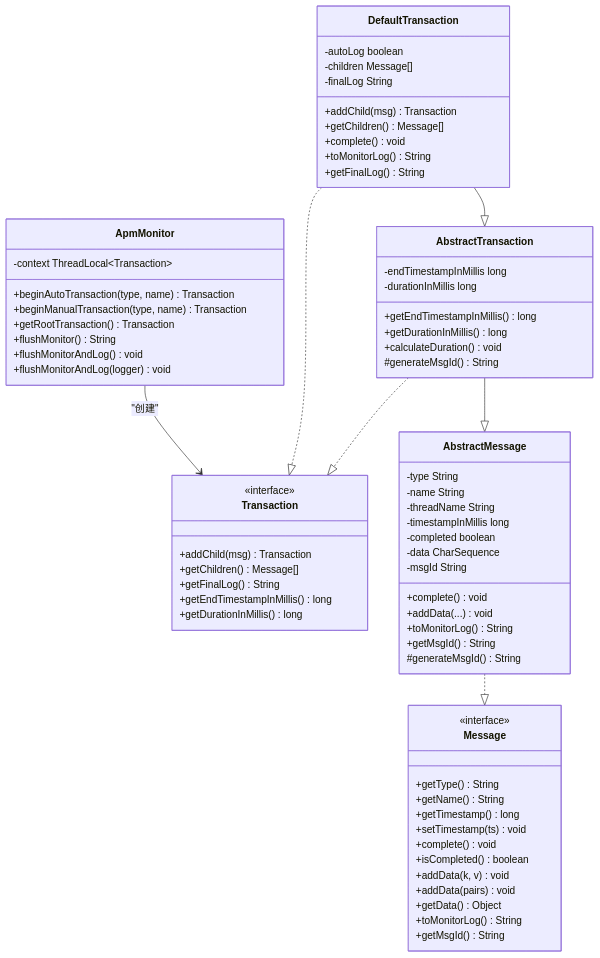
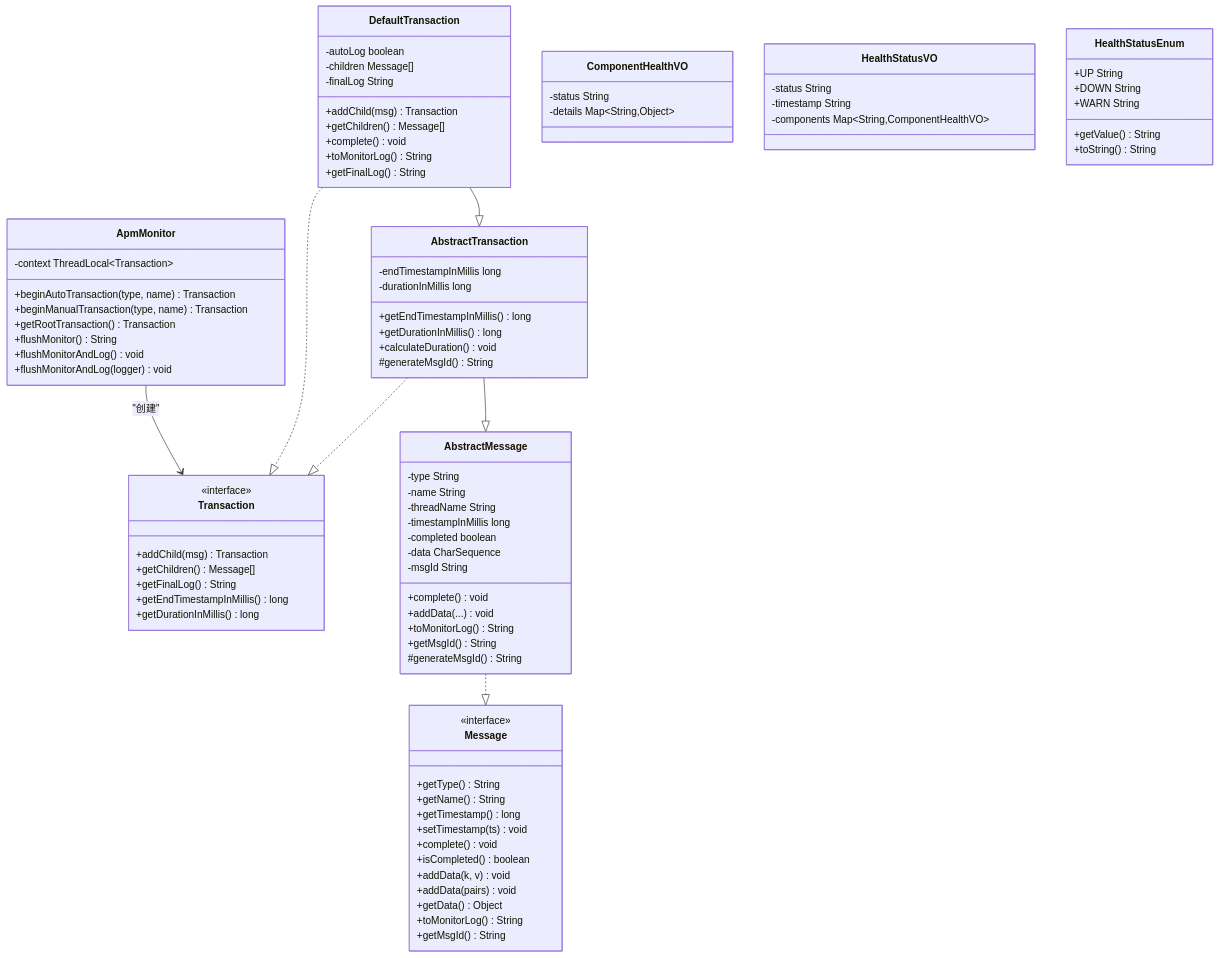
The second of 7 diagrams in .qoder/repowiki/zh/content/通用工具类/高级工具类.md (magicliang/domain-driven-transaction-sys), drawn with Mermaid before and after one commit. The commit also changed other lines of this file and 7 other files, not shown here.

```diff
--- a/.qoder/repowiki/zh/content/通用工具类/高级工具类.md
+++ b/.qoder/repowiki/zh/content/通用工具类/高级工具类.md
@@ -175,6 +202,22 @@
 +toMonitorLog() String
 +getFinalLog() String
 }
+class ComponentHealthVO {
+-status String
+-details Map~String,Object~
+}
+class HealthStatusVO {
+-status String
+-timestamp String
+-components Map~String,ComponentHealthVO~
+}
+class HealthStatusEnum {
++UP String
++DOWN String
++WARN String
++getValue() String
++toString() String
+}
 ApmMonitor --> Transaction : "创建"
 DefaultTransaction --|> AbstractTransaction
 AbstractTransaction --|> AbstractMessage
```
